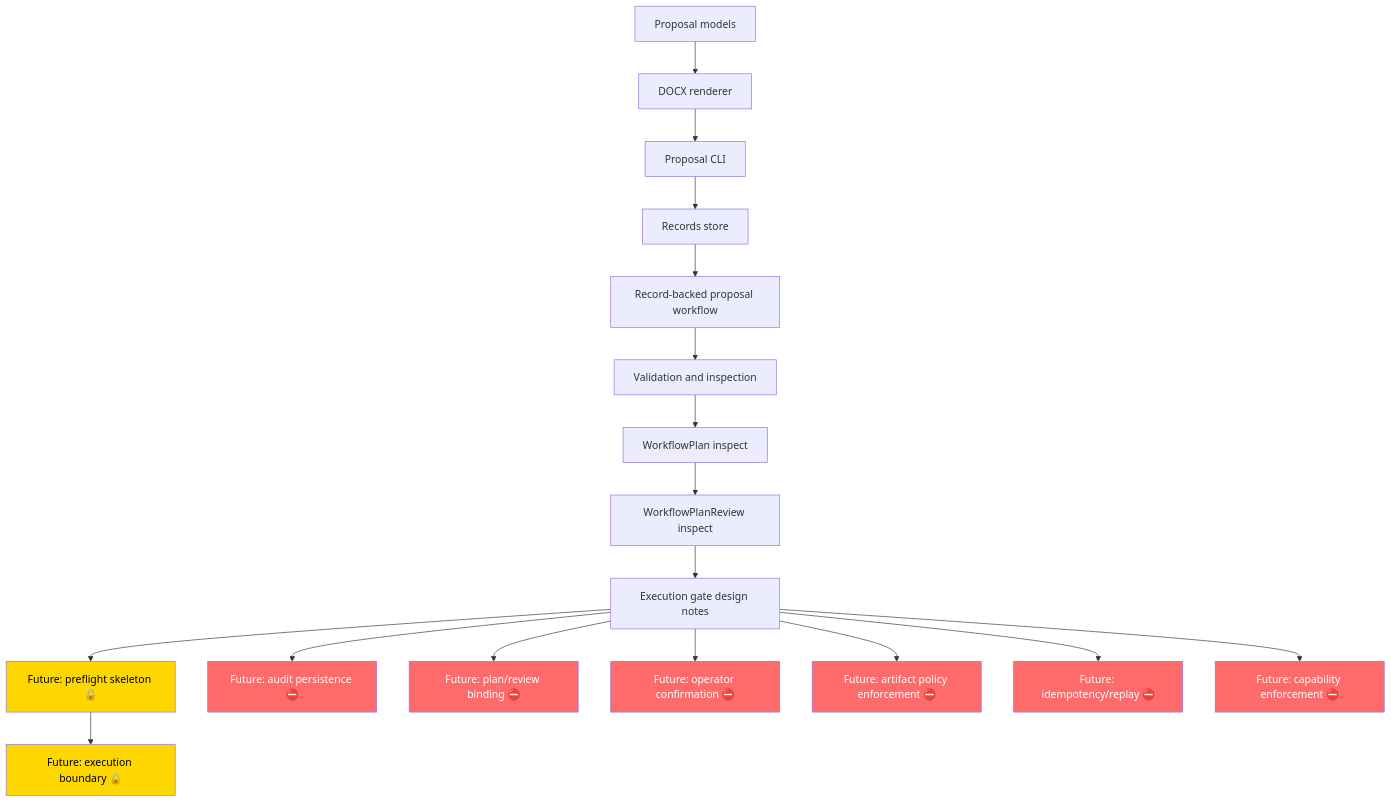
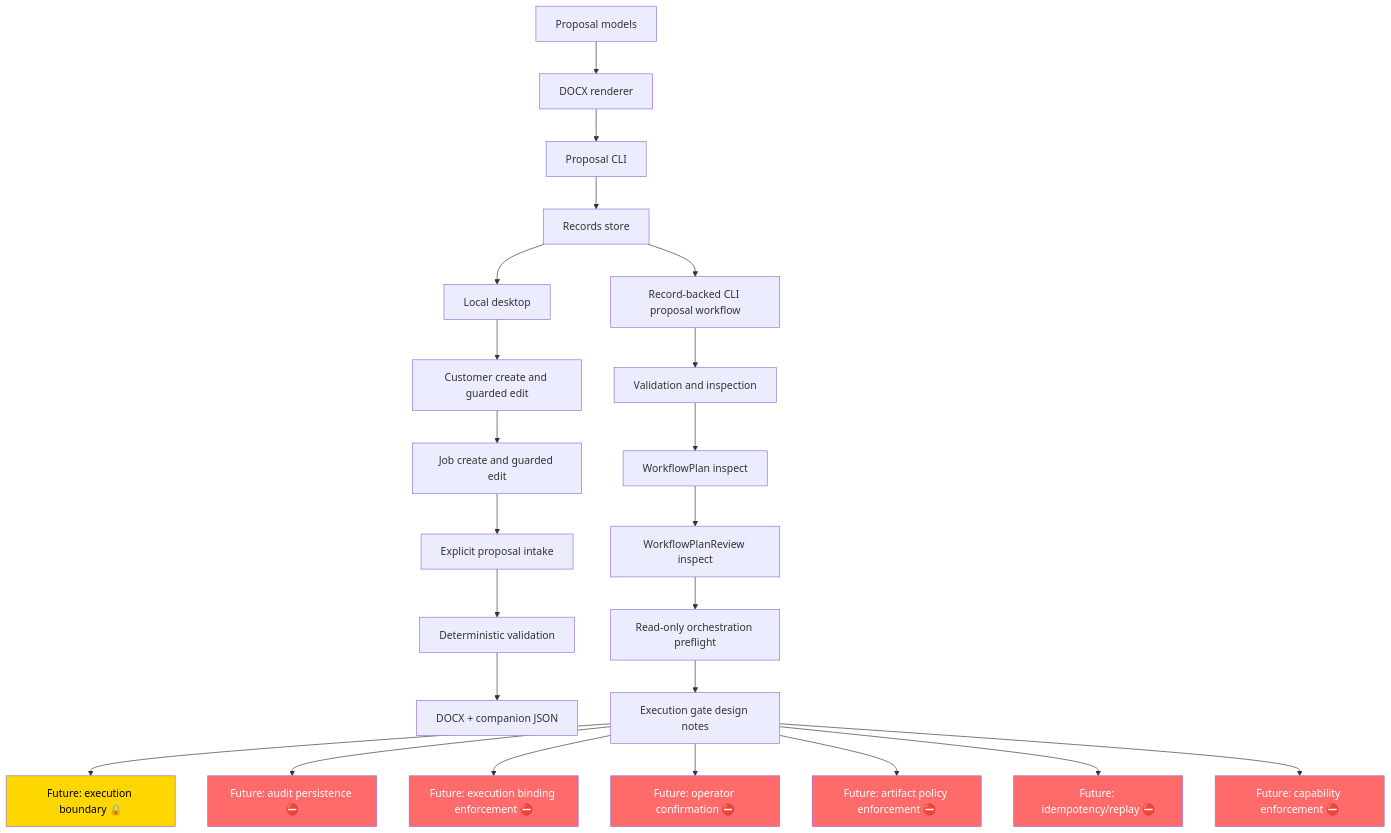
The diagram in docs/development/progress_dashboard.md (Phoenix-AI-Platform/phoenix-office), drawn with Mermaid before and after one commit. The commit also changed other lines of this file and 1 other file, not shown here.

Commit message:
docs: sync desktop project state through PR 358

````diff
--- a/docs/development/progress_dashboard.md
+++ b/docs/development/progress_dashboard.md
@@ -53,29 +64,36 @@
 ```mermaid
 flowchart TD
     A[Proposal models] --> B[DOCX renderer]
     B --> C[Proposal CLI]
     C --> D[Records store]
-    D --> E[Record-backed proposal workflow]
+    D --> E[Record-backed CLI proposal workflow]
     E --> F[Validation and inspection]
+
+    D --> R[Local desktop]
+    R --> S[Customer create and guarded edit]
+    S --> T[Job create and guarded edit]
+    T --> U[Explicit proposal intake]
+    U --> V[Deterministic validation]
+    V --> W[DOCX + companion JSON]
+
     F --> G[WorkflowPlan inspect]
     G --> H[WorkflowPlanReview inspect]
-    H --> I[Execution gate design notes]
-    I --> J[Future: preflight skeleton 🔒]
+    H --> I[Read-only orchestration preflight]
+    I --> J[Execution gate design notes]
     J --> K[Future: execution boundary 🔒]
 
-    I --> L[Future: audit persistence ⛔]
-    I --> M[Future: plan/review binding ⛔]
-    I --> N[Future: operator confirmation ⛔]
-    I --> O[Future: artifact policy enforcement ⛔]
-    I --> P[Future: idempotency/replay ⛔]
-    I --> Q[Future: capability enforcement ⛔]
+    J --> L[Future: audit persistence ⛔]
+    J --> M[Future: execution binding enforcement ⛔]
+    J --> N[Future: operator confirmation ⛔]
+    J --> O[Future: artifact policy enforcement ⛔]
+    J --> P[Future: idempotency/replay ⛔]
+    J --> Q[Future: capability enforcement ⛔]
 
-    style J fill:#ffd700,color:#000
     style K fill:#ffd700,color:#000
     style L fill:#ff6b6b,color:#fff
     style M fill:#ff6b6b,color:#fff
     style N fill:#ff6b6b,color:#fff
     style O fill:#ff6b6b,color:#fff
     style P fill:#ff6b6b,color:#fff
     style Q fill:#ff6b6b,color:#fff
 ```
````
